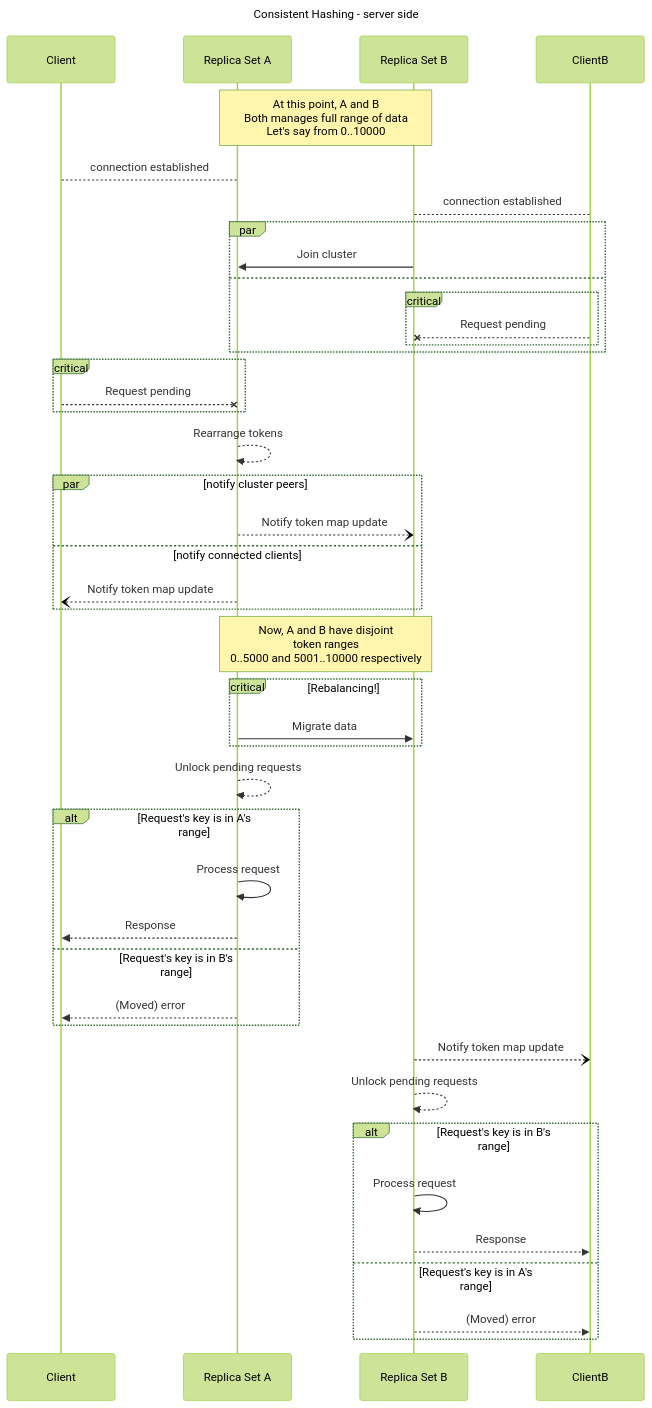
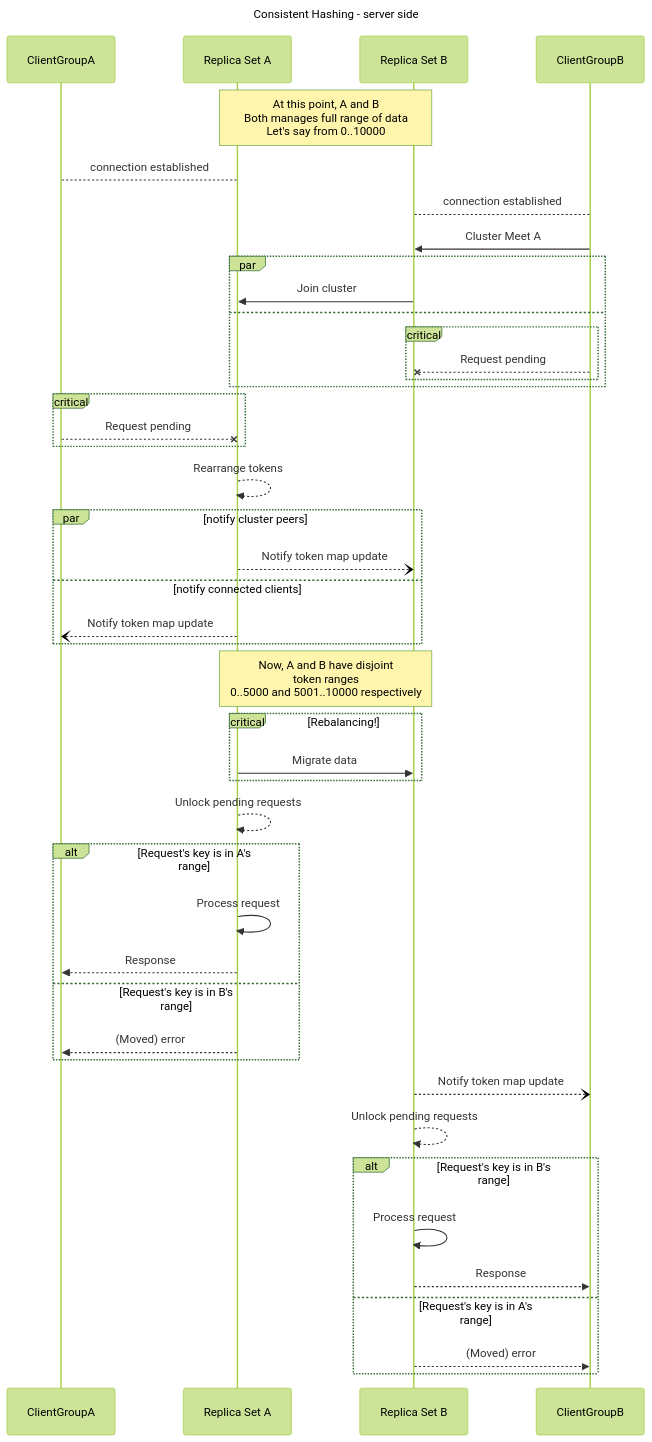
Before and after one commit to Migorithm/duva: the diagram in diagrams/consistent-hashing-server.mmd, drawn with Mermaid (forest theme). The commit also changed 5 other files, not shown here.

```diff
--- a/diagrams/consistent-hashing-server.mmd
+++ b/diagrams/consistent-hashing-server.mmd
@@ -1,65 +1,65 @@
 ---
 title: Consistent Hashing - server side
 ---
 sequenceDiagram
-    participant C1 as Client
+    participant C1 as ClientGroupA
     
     participant A as Replica Set A
     participant B as Replica Set B
     
-    participant C2 as ClientB
+    participant C2 as ClientGroupB
 
 
     Note over A,B : At this point, A and B<br>Both manages full range of data<br>Let's say from 0..10000
     
     C1 --> A: connection established
     C2 --> B: connection established
 
-
+    C2 ->> B: Cluster Meet A
     par
     B ->> A : Join cluster
     and
     critical 
         C2 --x B: Request pending
     end
     end
 
     critical 
         C1 --x A: Request pending
     end
     A -->> A: Rearrange tokens
 
 
     par notify cluster peers
     A --) B : Notify token map update
     and notify connected clients
     A --) C1 : Notify token map update
     end
 
     Note over A,B: Now, A and B have disjoint<br>token ranges<br>0..5000 and 5001..10000 respectively
 
     critical Rebalancing!
         A ->> B: Migrate data
     end
 
     
     A -->> A: Unlock pending requests
     alt Request's key is in A's range
         A ->> A: Process request
         A -->> C1: Response
     else Request's key is in B's range
         A -->> C1: (Moved) error
     end
 
 
 
 
     B --) C2 : Notify token map update
     B -->> B: Unlock pending requests
 
     alt Request's key is in B's range
         B ->> B: Process request
         B -->> C2: Response
     else Request's key is in A's range
         B -->> C2: (Moved) error
     end
```
